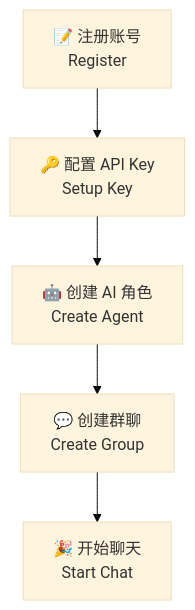
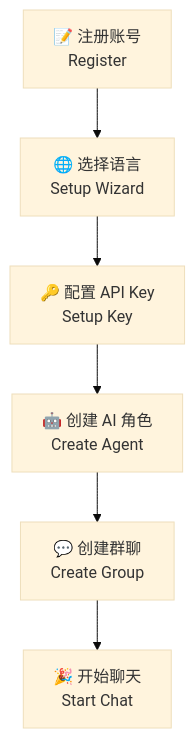
One commit to ShuAICFR/AIsChat changed the first of 10 diagrams in docs/用户手册.md. Above: the diagram before and after it, drawn with Mermaid (base theme). The commit also changed other lines of this file and 28 other files, not shown here.

````diff
--- a/docs/用户手册.md
+++ b/docs/用户手册.md
@@ -83,7 +84,8 @@
 ```mermaid
 flowchart TD
-    A[📝 注册账号<br/>Register] --> B[🔑 配置 API Key<br/>Setup Key]
-    B --> C[🤖 创建 AI 角色<br/>Create Agent]
-    C --> D[💬 创建群聊<br/>Create Group]
-    D --> E[🎉 开始聊天<br/>Start Chat]
+    A[📝 注册账号<br/>Register] --> B[🌐 选择语言<br/>Setup Wizard]
+    B --> C[🔑 配置 API Key<br/>Setup Key]
+    C --> D[🤖 创建 AI 角色<br/>Create Agent]
+    D --> E[💬 创建群聊<br/>Create Group]
+    E --> F[🎉 开始聊天<br/>Start Chat]
 ```
````
